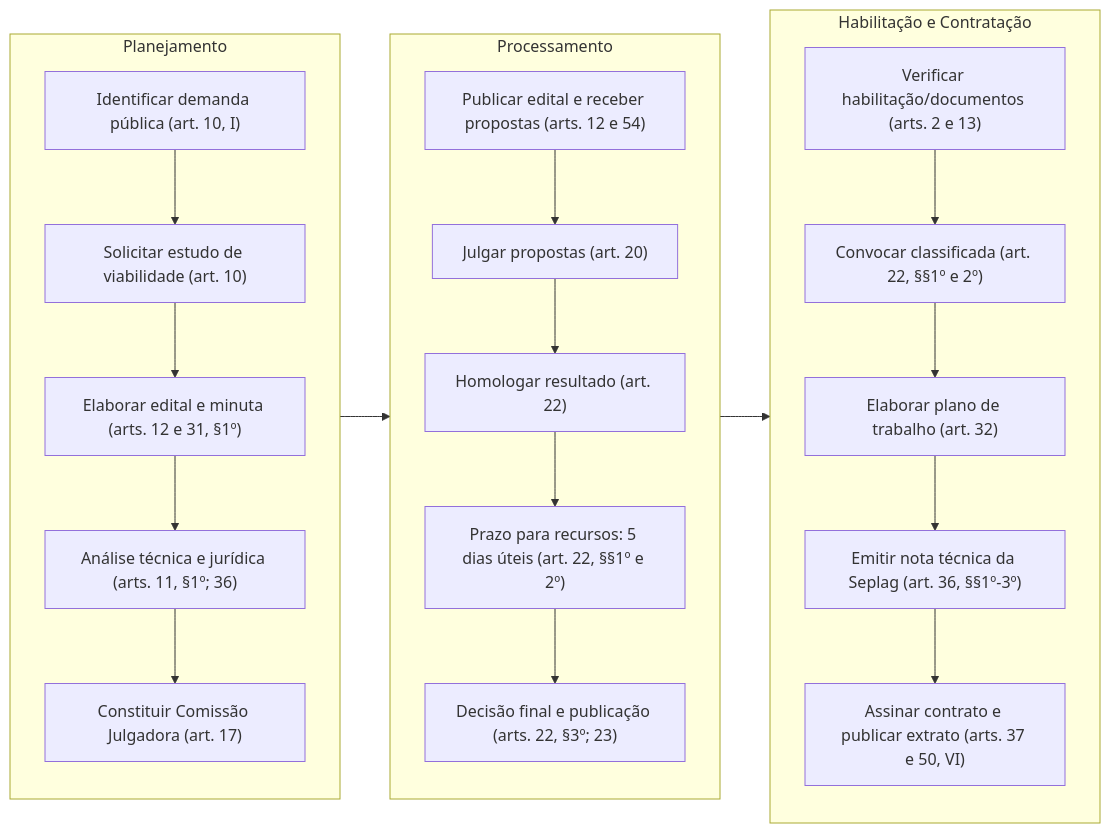
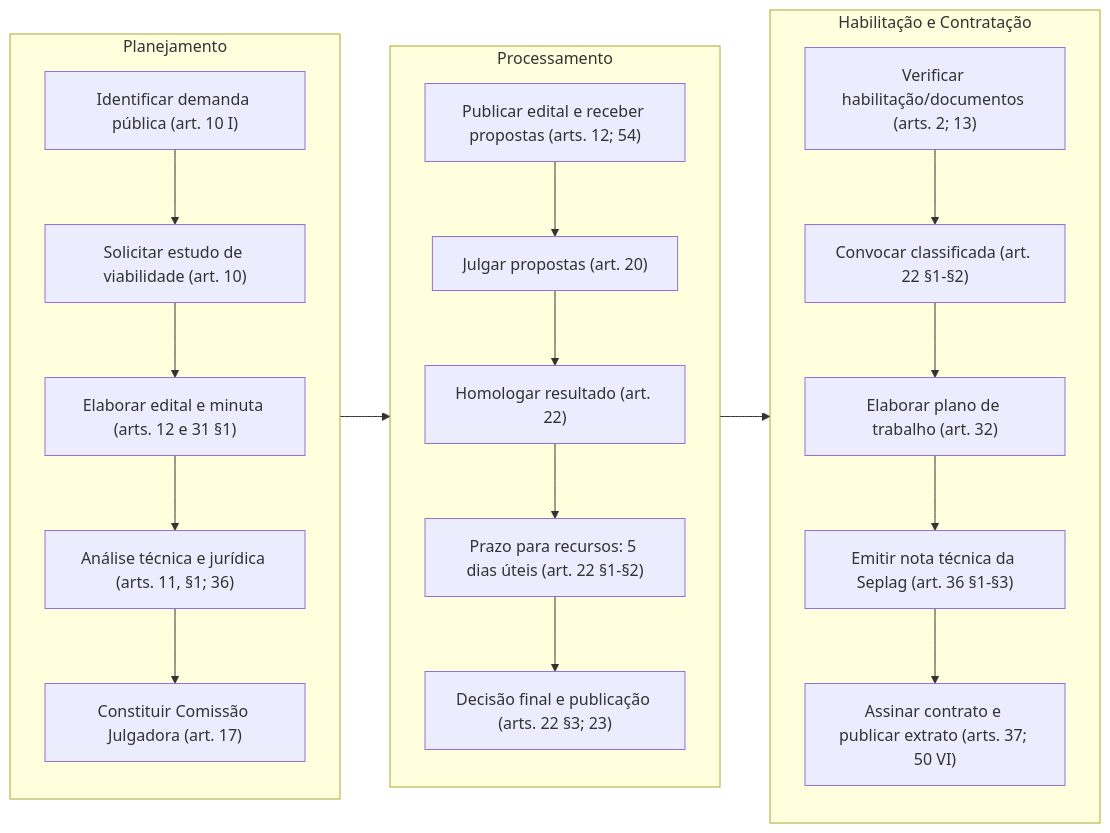
One commit to iepha-mg/manual.appi changed the first of 2 diagrams in paginas/marcos_regulatorios/descentralizacao/OS/README.md. Above: the diagram before and after it, drawn with Mermaid. The commit also changed other lines of this file, not shown here.

```diff
--- a/paginas/marcos_regulatorios/descentralizacao/OS/README.md
+++ b/paginas/marcos_regulatorios/descentralizacao/OS/README.md
@@ -52,28 +52,28 @@
 <div class="mermaid">
 flowchart LR
     subgraph Planejamento
-        A1["Identificar demanda pública (art. 10, I)"]
+        A1["Identificar demanda pública (art. 10 I)"]
         A2["Solicitar estudo de viabilidade (art. 10)"]
-        A3["Elaborar edital e minuta (arts. 12 e 31, §1º)"]
-        A4["Análise técnica e jurídica (arts. 11, §1º; 36)"]
+        A3["Elaborar edital e minuta (arts. 12 e 31 §1)"]
+        A4["Análise técnica e jurídica (arts. 11, §1; 36)"]
         A5["Constituir Comissão Julgadora (art. 17)"]
         A1 --> A2 --> A3 --> A4 --> A5
     end
     subgraph Processamento
-        B1["Publicar edital e receber propostas (arts. 12 e 54)"]
+        B1["Publicar edital e receber propostas (arts. 12; 54)"]
         B2["Julgar propostas (art. 20)"]
         B3["Homologar resultado (art. 22)"]
-        B4["Prazo para recursos: 5 dias úteis (art. 22, §§1º e 2º)"]
-        B5["Decisão final e publicação (arts. 22, §3º; 23)"]
+        B4["Prazo para recursos: 5 dias úteis (art. 22 §1-§2)"]
+        B5["Decisão final e publicação (arts. 22 §3; 23)"]
         B1 --> B2 --> B3 --> B4 --> B5
     end
     subgraph Habilitação ["Habilitação e Contratação"]
-        C1["Verificar habilitação/documentos (arts. 2 e 13)"]
-        C2["Convocar classificada (art. 22, §§1º e 2º)"]
+        C1["Verificar habilitação/documentos (arts. 2; 13)"]
+        C2["Convocar classificada (art. 22 §1-§2)"]
         C3["Elaborar plano de trabalho (art. 32)"]
-        C4["Emitir nota técnica da Seplag (art. 36, §§1º-3º)"]
-        C5["Assinar contrato e publicar extrato (arts. 37 e 50, VI)"]
+        C4["Emitir nota técnica da Seplag (art. 36 §1-§3)"]
+        C5["Assinar contrato e publicar extrato (arts. 37; 50 VI)"]
         C1 --> C2 --> C3 --> C4 --> C5
     end
     Planejamento --> Processamento --> Habilitação
 </div>
```
